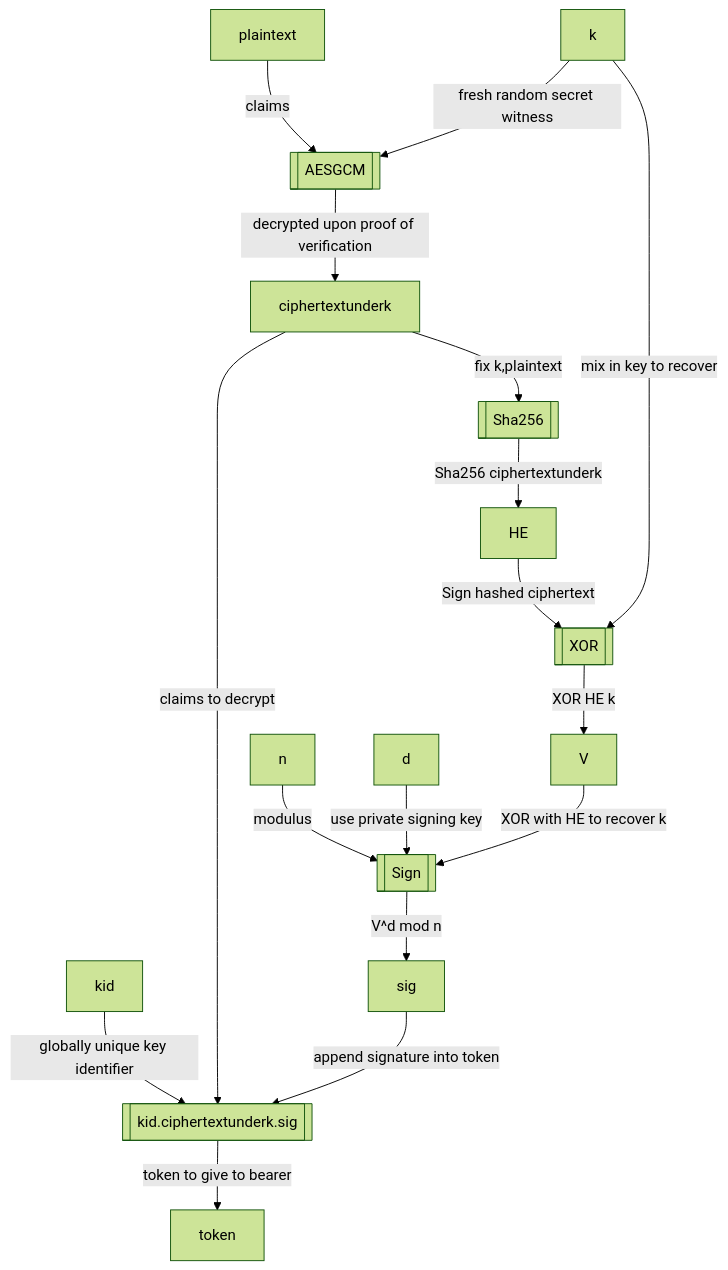
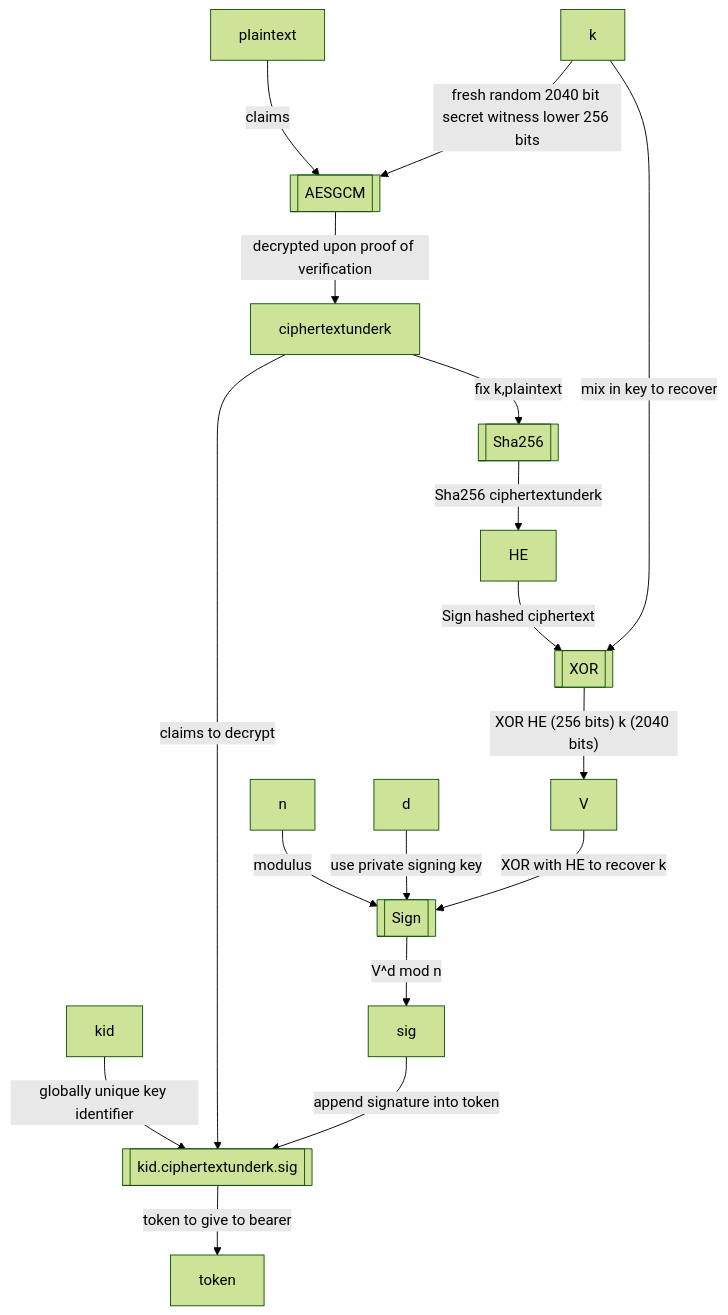
Before and after one commit to rfielding/whiskeyTango: the third of 4 diagrams in README.md, drawn with Mermaid (forest theme). The commit also changed other lines of this file, not shown here.

````diff
--- a/README.md
+++ b/README.md
@@ -207,24 +209,24 @@
 ```mermaid
 flowchart TB
   AESGCM[[AESGCM]]
   APPENDB64WithDots[[kid.ciphertextunderk.sig]]
   plaintext-- claims -->AESGCM
-  k-- fresh random secret witness -->AESGCM
+  k-- fresh random 2040 bit secret witness lower 256 bits  --> AESGCM
   AESGCM-- decrypted upon proof of verification -->ciphertextunderk
   kid-- globally unique key identifier -->APPENDB64WithDots
   ciphertextunderk-- claims to decrypt -->APPENDB64WithDots
   APPENDB64WithDots-- token to give to bearer -->token
   Sha256[[Sha256]]
   ciphertextunderk-- fix k,plaintext -->Sha256
   XOR[[XOR]]
   Sign[[Sign]]
   n-- modulus -->Sign
   d-- use private signing key -->Sign
   Sha256-- Sha256 ciphertextunderk -->HE
   HE-- Sign hashed ciphertext  -->XOR
   k-- mix in key to recover -->XOR
-  XOR-- XOR HE k -->V
+  XOR-- XOR HE (256 bits) k (2040 bits) -->V
   V-- XOR with HE to recover k -->Sign
   Sign-- V^d mod n -->sig
   sig-- append signature into token -->APPENDB64WithDots
 ```
````
